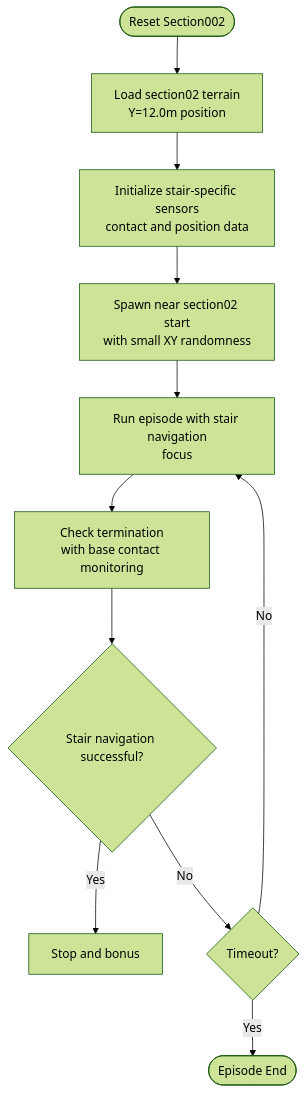
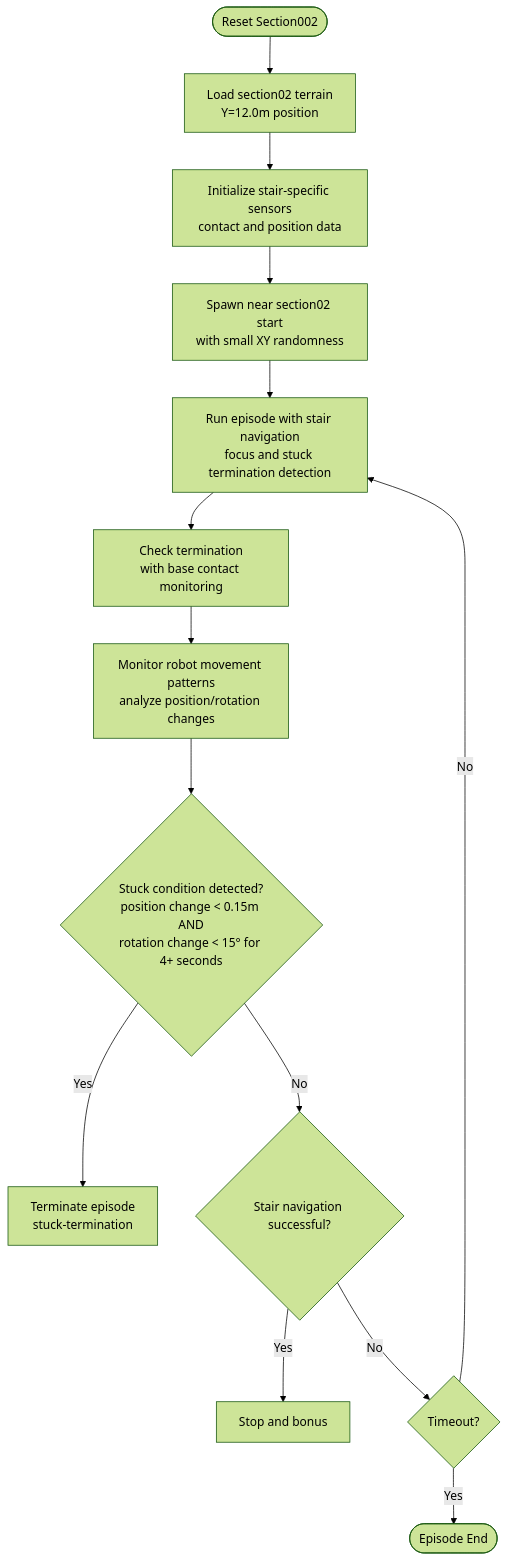
The seventh of 12 diagrams in .qoder/repowiki/en/content/Navigation Environments/VBot Navigation/Track Sections.md (jayjayhust/MotrixLab), drawn with Mermaid (forest theme) before and after one commit. The commit also changed other lines of this file and 8 other files, not shown here.

````diff
--- a/.qoder/repowiki/en/content/Navigation Environments/VBot Navigation/Track Sections.md
+++ b/.qoder/repowiki/en/content/Navigation Environments/VBot Navigation/Track Sections.md
@@ -520,13 +569,16 @@
 ```mermaid
 flowchart TD
 Start(["Reset Section002"]) --> LoadSection002["Load section02 terrain<br/>Y=12.0m position"]
 LoadSection002 --> InitStairSensors["Initialize stair-specific sensors<br/>contact and position data"]
 InitStairSensors --> Spawn["Spawn near section02 start<br/>with small XY randomness"]
-Spawn --> Run["Run episode with stair navigation<br/>focus"]
+Spawn --> Run["Run episode with stair navigation<br/>focus and stuck termination detection"]
 Run --> CheckTermination["Check termination<br/>with base contact monitoring"]
-CheckTermination --> Success{"Stair navigation successful?"}
+CheckTermination --> CheckStuck["Monitor robot movement patterns<br/>analyze position/rotation changes"]
+CheckStuck --> StuckDetected{"Stuck condition detected?<br/>position change < 0.15m AND<br/>rotation change < 15° for 4+ seconds"}
+StuckDetected --> |Yes| Terminate["Terminate episode<br/>stuck-termination"]
+StuckDetected --> |No| Success{"Stair navigation successful?"}
 Success --> |Yes| Stop["Stop and bonus"]
 Success --> |No| Timeout{"Timeout?"}
 Timeout --> |Yes| End(["Episode End"])
 Timeout --> |No| Run
 ```
````
